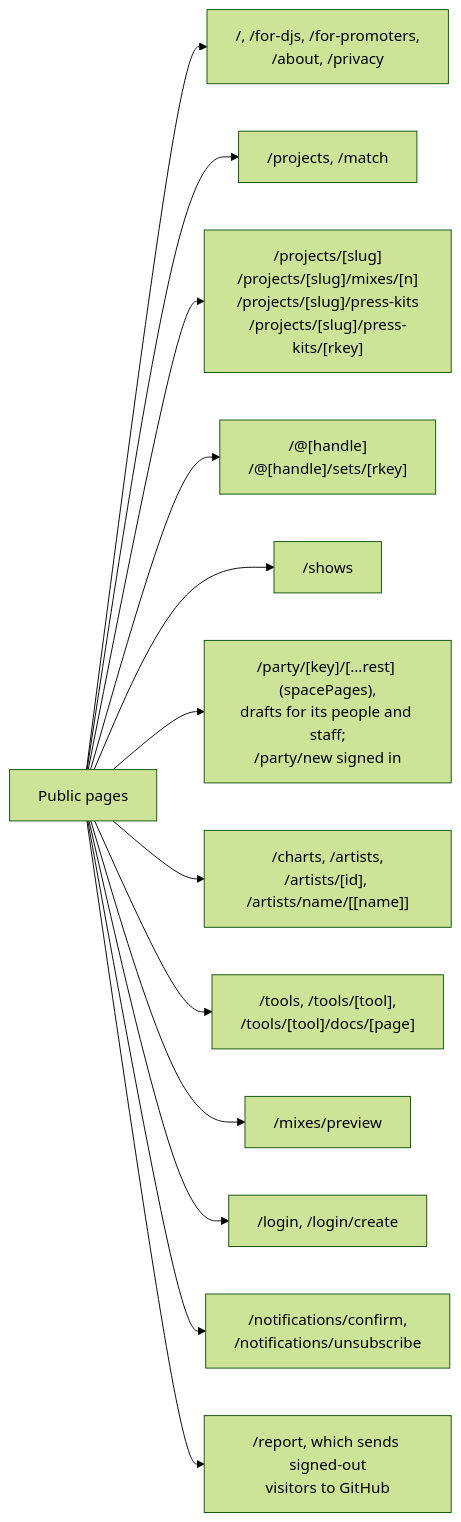
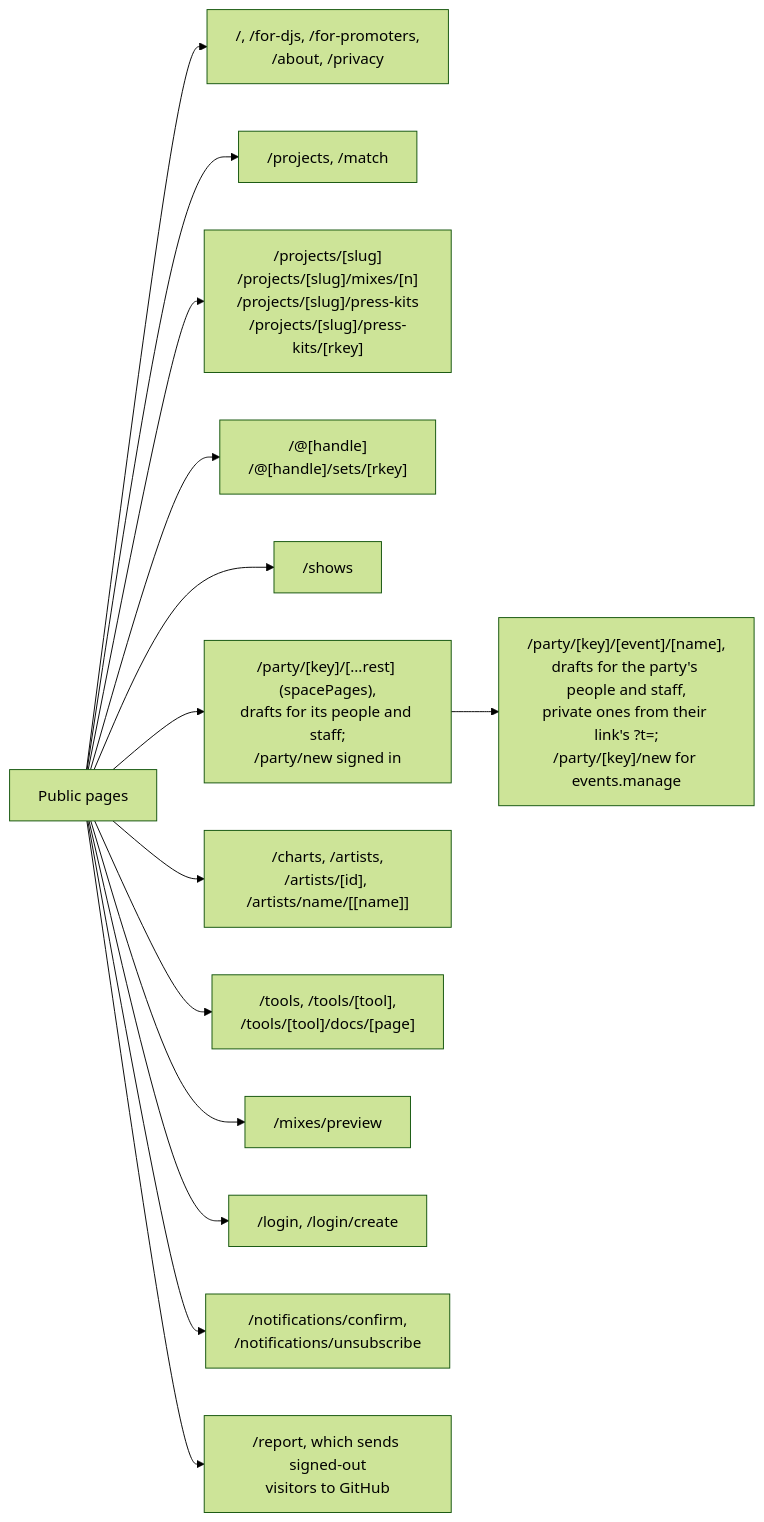
The seventh of 11 diagrams in apps/web/docs/diagrams/requests-and-routes.md (cutenode/localnetwork), drawn with Mermaid (forest theme) before and after one commit. The commit also changed other lines of this file and 35 other files, not shown here.

First line of the commit message:
feat(web): event pages, built in place under their party

````diff
--- a/apps/web/docs/diagrams/requests-and-routes.md
+++ b/apps/web/docs/diagrams/requests-and-routes.md
@@ -156,16 +156,17 @@
 ```mermaid
 flowchart LR
   Public["Public pages"]
   Public --> Home["/, /for-djs, /for-promoters,<br/>/about, /privacy"]
   Public --> Find["/projects, /match"]
   Public --> Performer["/projects/[slug]<br/>/projects/[slug]/mixes/[n]<br/>/projects/[slug]/press-kits<br/>/projects/[slug]/press-kits/[rkey]"]
   Public --> Profile["/@[handle]<br/>/@[handle]/sets/[rkey]"]
   Public --> Shows["/shows"]
   Public --> Party["/party/[key]/[...rest] (spacePages),<br/>drafts for its people and staff;<br/>/party/new signed in"]
+  Party --> Event["/party/[key]/[event]/[name],<br/>drafts for the party's people and staff,<br/>private ones from their link's ?t=;<br/>/party/[key]/new for events.manage"]
   Public --> Music["/charts, /artists,<br/>/artists/[id], /artists/name/[[name]]"]
   Public --> Tools["/tools, /tools/[tool],<br/>/tools/[tool]/docs/[page]"]
   Public --> Preview["/mixes/preview"]
   Public --> Signin["/login, /login/create"]
   Public --> Mail["/notifications/confirm,<br/>/notifications/unsubscribe"]
   Public --> Report["/report, which sends signed-out<br/>visitors to GitHub"]
 ```
````
